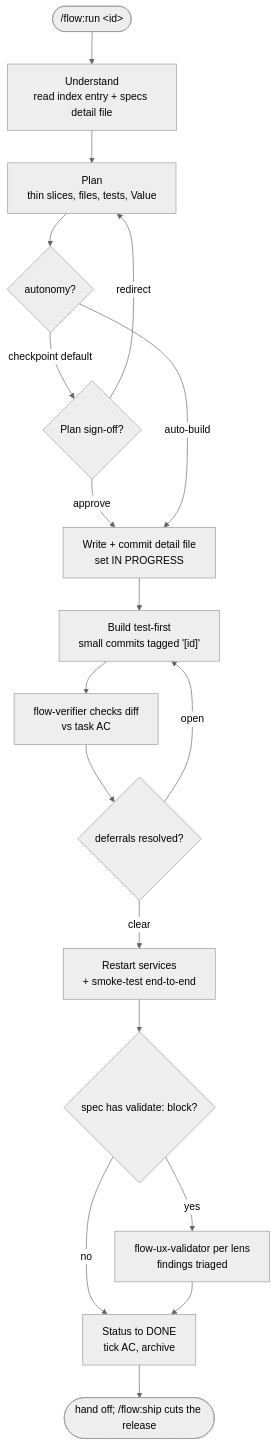
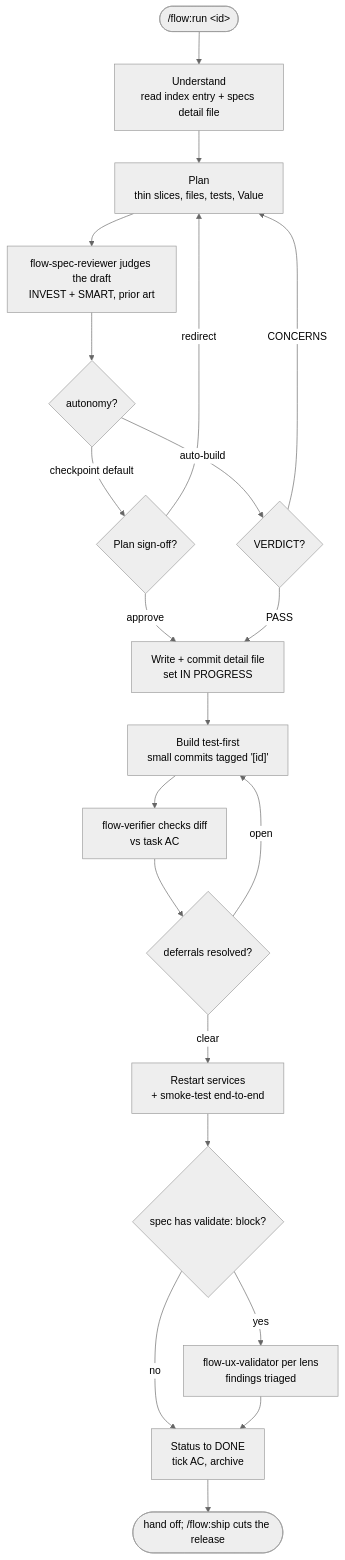
Before and after one commit to liminalarc/flow-toolkit: the diagram in README.md, drawn with Mermaid (neutral theme). The commit also changed other lines of this file and 5 other files, not shown here.

````diff
--- a/README.md
+++ b/README.md
@@ -96,20 +96,23 @@
 ```mermaid
 flowchart TD
     Start(["/flow:run &lt;id&gt;"]) --> U[Understand<br/>read index entry + specs detail file]
     U --> P[Plan<br/>thin slices, files, tests, Value]
-    P --> Mode{autonomy?}
+    P --> SR["flow-spec-reviewer judges the draft<br/>INVEST + SMART, prior art"]
+    SR --> Mode{autonomy?}
     Mode -->|checkpoint default| CP{Plan sign-off?}
     CP -->|redirect| P
     CP -->|approve| Write[Write + commit detail file<br/>set IN PROGRESS]
-    Mode -->|auto-build| Write
+    Mode -->|auto-build| SB{VERDICT?}
+    SB -->|CONCERNS| P
+    SB -->|PASS| Write
     Write --> Build["Build test-first<br/>small commits tagged '[id]'"]
     Build --> Verify[flow-verifier checks diff<br/>vs task AC]
     Verify --> Gate{deferrals resolved?}
     Gate -->|open| Build
     Gate -->|clear| Smoke[Restart services<br/>+ smoke-test end-to-end]
     Smoke --> VGate{spec has validate: block?}
     VGate -->|yes| VUX[flow-ux-validator per lens<br/>findings triaged]
     VGate -->|no| Done[Status to DONE<br/>tick AC, archive]
     VUX --> Done
     Done --> End([hand off; /flow:ship cuts the release])
 ```
````
